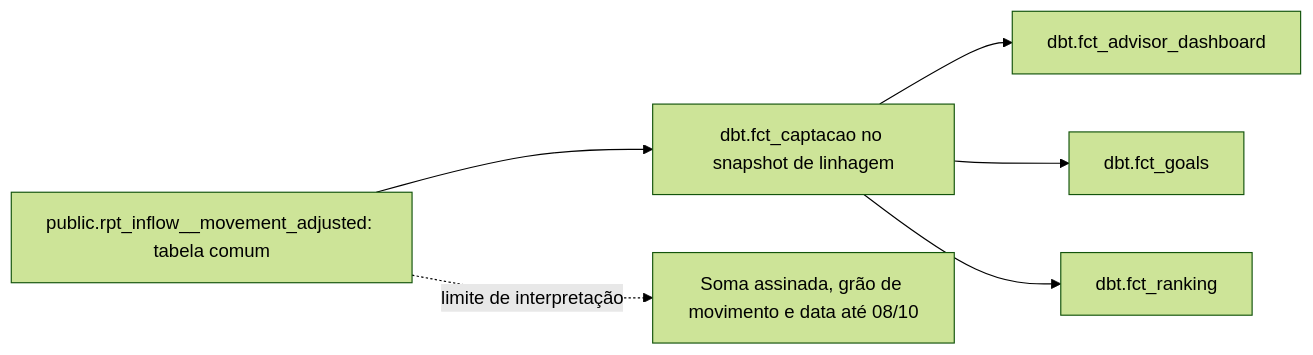
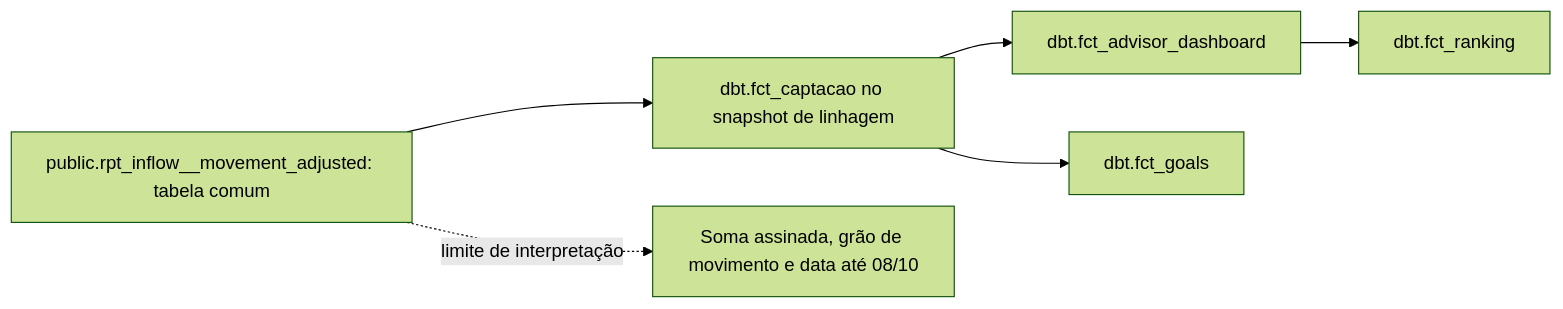
One commit to gutocarollo/architecture-system-eng-expert changed the third of 4 diagrams in content/explicacoes/read-models/index.mdx. Above: the diagram before and after it, drawn with Mermaid (forest theme). The commit also changed 145 other files, not shown here.

Commit message:
docs(wiki): publicar curso protegido e encerrar revisão dos diagramas (FBI-4991)

````diff
--- a/content/explicacoes/read-models/index.mdx
+++ b/content/explicacoes/read-models/index.mdx
@@ -81,8 +81,8 @@
 ```mermaid
 flowchart LR
     Input[public.rpt_inflow__movement_adjusted: tabela comum] --> Model[dbt.fct_captacao no snapshot de linhagem]
     Model --> Dashboard[dbt.fct_advisor_dashboard]
     Model --> Goals[dbt.fct_goals]
-    Model --> Ranking[dbt.fct_ranking]
+    Dashboard --> Ranking[dbt.fct_ranking]
     Input -. limite de interpretação .-> Scope[Soma assinada, grão de movimento e data até 08/10]
 ```
````
